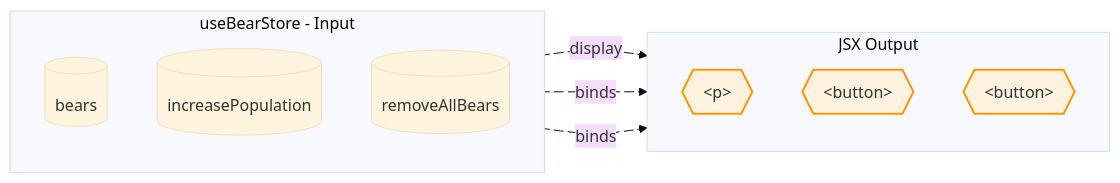
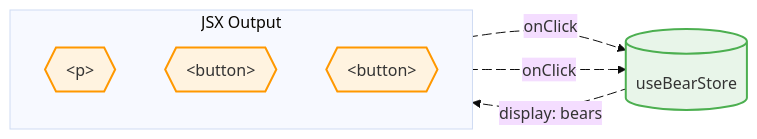
One commit to shibukawa/web-component-analyzer changed the diagram in examples/react-vite/src/components/160-Zustand-StateManagement.mmd. Above: the diagram before and after it, drawn with Mermaid. The commit also changed 18 other files, not shown here.

```diff
--- a/examples/react-vite/src/components/160-Zustand-StateManagement.mmd
+++ b/examples/react-vite/src/components/160-Zustand-StateManagement.mmd
@@ -1,36 +1,32 @@
 %%{init: {'theme': 'base', 'themeVariables': {'fontFamily': 'Comic Sans MS, cursive'}, 'flowchart': {'curve': 'basis', 'padding': 20}}}%%
 flowchart LR
-  subgraph useBearStore_input["useBearStore - Input"]
-    direction TB
-    custom_hook_data_0[("bears")]
-    custom_hook_data_1[("increasePopulation")]
-    custom_hook_data_2[("removeAllBears")]
-  end
+  library_hook_0[("useBearStore")]
   jsx_element_0["p"]
   jsx_element_1["button"]
   jsx_element_2["button"]
   subgraph subgraph_0["JSX Output"]
     direction TB
       jsx_element_0@{ shape: hex, label: "&lt;p&gt;" }
       jsx_element_1@{ shape: hex, label: "&lt;button&gt;" }
       jsx_element_2@{ shape: hex, label: "&lt;button&gt;" }
   end
-  custom_hook_data_0 ecustom_hook_data_0_jsx_element_0@-->|"display"| jsx_element_0
-  ecustom_hook_data_0_jsx_element_0@{ animate: true }
-  custom_hook_data_1 ecustom_hook_data_1_jsx_element_1@-->|"binds"| jsx_element_1
-  ecustom_hook_data_1_jsx_element_1@{ animate: true }
-  custom_hook_data_2 ecustom_hook_data_2_jsx_element_2@-->|"binds"| jsx_element_2
-  ecustom_hook_data_2_jsx_element_2@{ animate: true }
+  library_hook_0 elibrary_hook_0_jsx_element_0@-->|"display: bears"| jsx_element_0
+  elibrary_hook_0_jsx_element_0@{ animate: true }
+  jsx_element_1 ejsx_element_1_library_hook_0@-->|"onClick"| library_hook_0
+  ejsx_element_1_library_hook_0@{ animate: true }
+  jsx_element_2 ejsx_element_2_library_hook_0@-->|"onClick"| library_hook_0
+  ejsx_element_2_library_hook_0@{ animate: true }
 
   %% Styling
   classDef inputProp fill:#E3F2FD,stroke:#2196F3,stroke-width:2px
   classDef outputProp fill:#FFF3E0,stroke:#FF9800,stroke-width:2px
   classDef process fill:#F3E5F5,stroke:#9C27B0,stroke-width:3px
   classDef dataStore fill:#E8F5E9,stroke:#4CAF50,stroke-width:2px
   classDef jsxElement fill:#FFF3E0,stroke:#FF9800,stroke-width:2px
   classDef contextData fill:#E1F5FE,stroke:#0288D1,stroke-width:2px
   classDef contextFunction fill:#FFF9C4,stroke:#F57C00,stroke-width:2px
   classDef exportedHandler fill:#E8F5E9,stroke:#4CAF50,stroke-width:2px
+  class library_hook_0 dataStore
   class jsx_element_0 jsxElement
   class jsx_element_1 jsxElement
   class jsx_element_2 jsxElement
```
